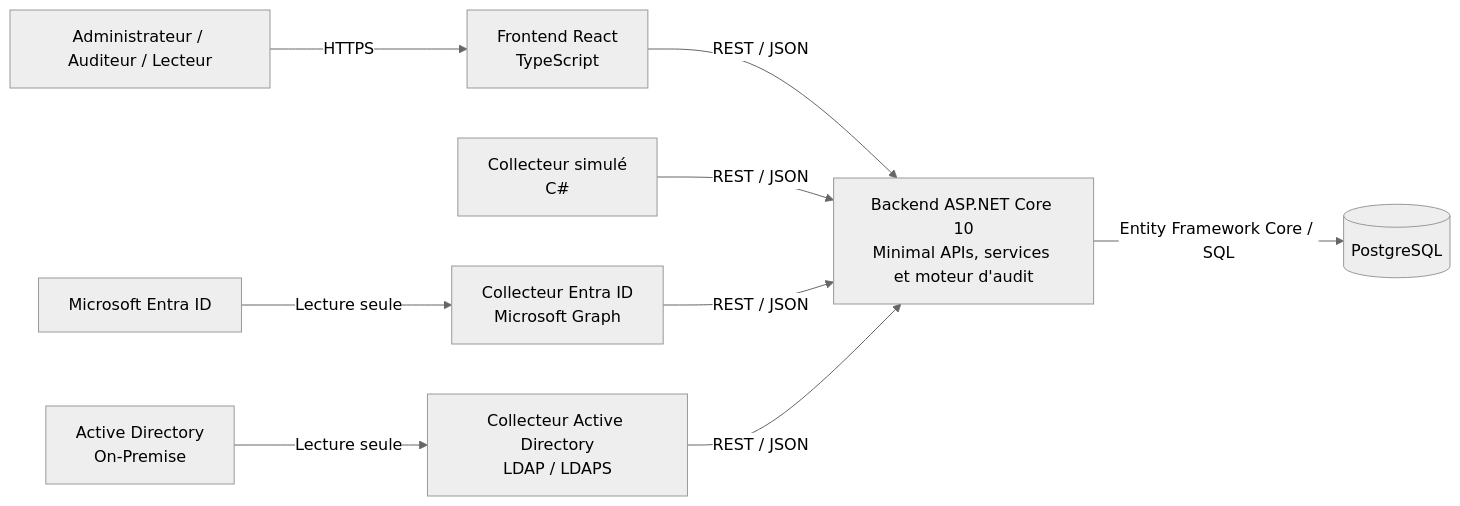
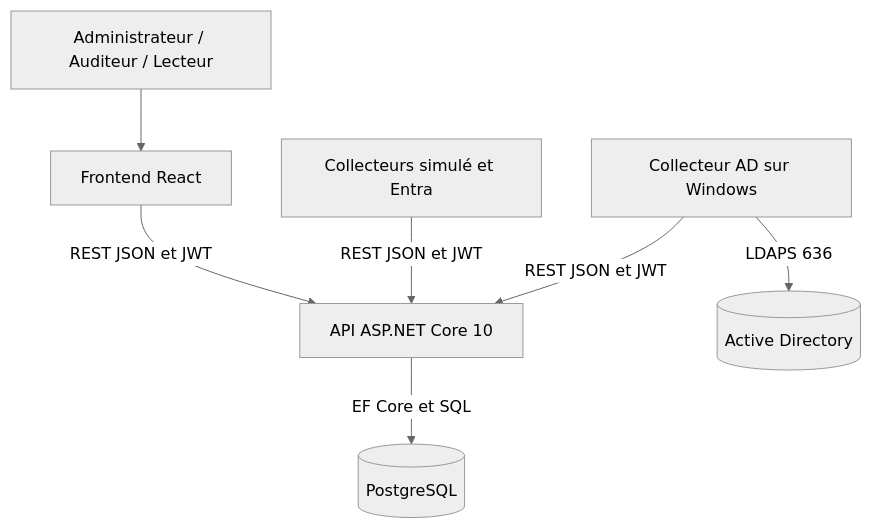
The first of 2 diagrams in docs/04-architecture-technique.md (crossword12/identity-audit), drawn with Mermaid (neutral theme) before and after one commit. The commit also changed other lines of this file and 4 other files, not shown here.

````diff
--- a/docs/04-architecture-technique.md
+++ b/docs/04-architecture-technique.md
@@ -24,31 +20,17 @@
 ```mermaid
-flowchart LR
+flowchart TB
     USER[Administrateur / Auditeur / Lecteur]
+    UI[Frontend React]
+    API[API ASP.NET Core 10]
+    DB[(PostgreSQL)]
+    MAC_COL[Collecteurs simulé et Entra]
+    WIN_COL[Collecteur AD sur Windows]
+    AD[(Active Directory)]
 
-    FRONTEND[Frontend React<br/>TypeScript]
-
-    BACKEND[Backend ASP.NET Core 10<br/>Minimal APIs, services et moteur d'audit]
-
-    DATABASE[(PostgreSQL)]
-
-    MOCK[Collecteur simulé<br/>C#]
-
-    ENTRA[Collecteur Entra ID<br/>Microsoft Graph]
-
-    AD[Collecteur Active Directory<br/>LDAP / LDAPS]
-
-    ENTRA_TARGET[Microsoft Entra ID]
-
-    AD_TARGET[Active Directory<br/>On-Premise]
-
-    USER -->|HTTPS| FRONTEND
-    FRONTEND -->|REST / JSON| BACKEND
-    BACKEND -->|Entity Framework Core / SQL| DATABASE
-
-    MOCK -->|REST / JSON| BACKEND
-    ENTRA -->|REST / JSON| BACKEND
-    AD -->|REST / JSON| BACKEND
-
-    ENTRA_TARGET -->|Lecture seule| ENTRA
-    AD_TARGET -->|Lecture seule| AD
+    USER --> UI
+    UI -->|REST JSON et JWT| API
+    MAC_COL -->|REST JSON et JWT| API
+    WIN_COL -->|REST JSON et JWT| API
+    API -->|EF Core et SQL| DB
+    WIN_COL -->|LDAPS 636| AD
 ```
````
